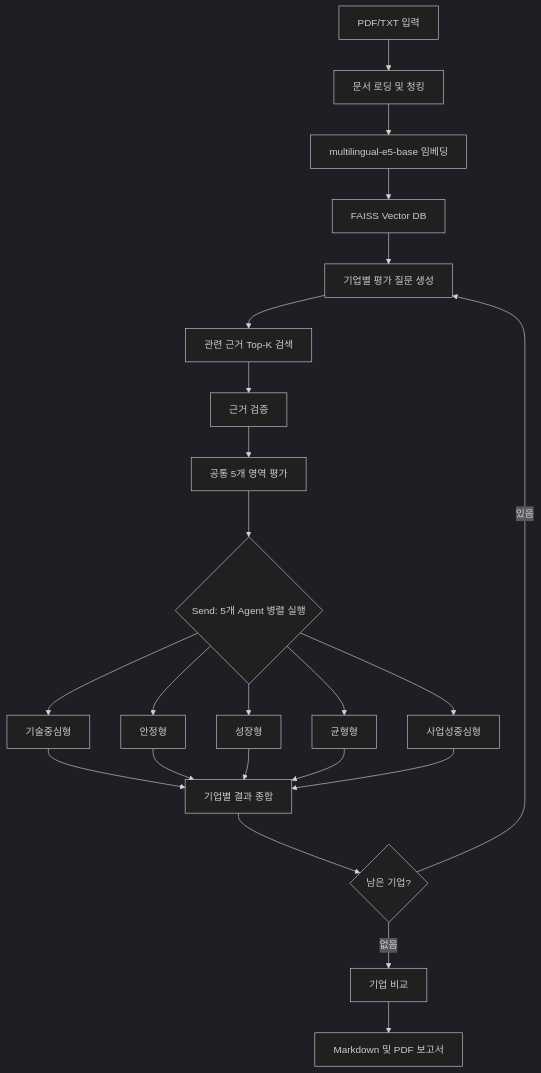
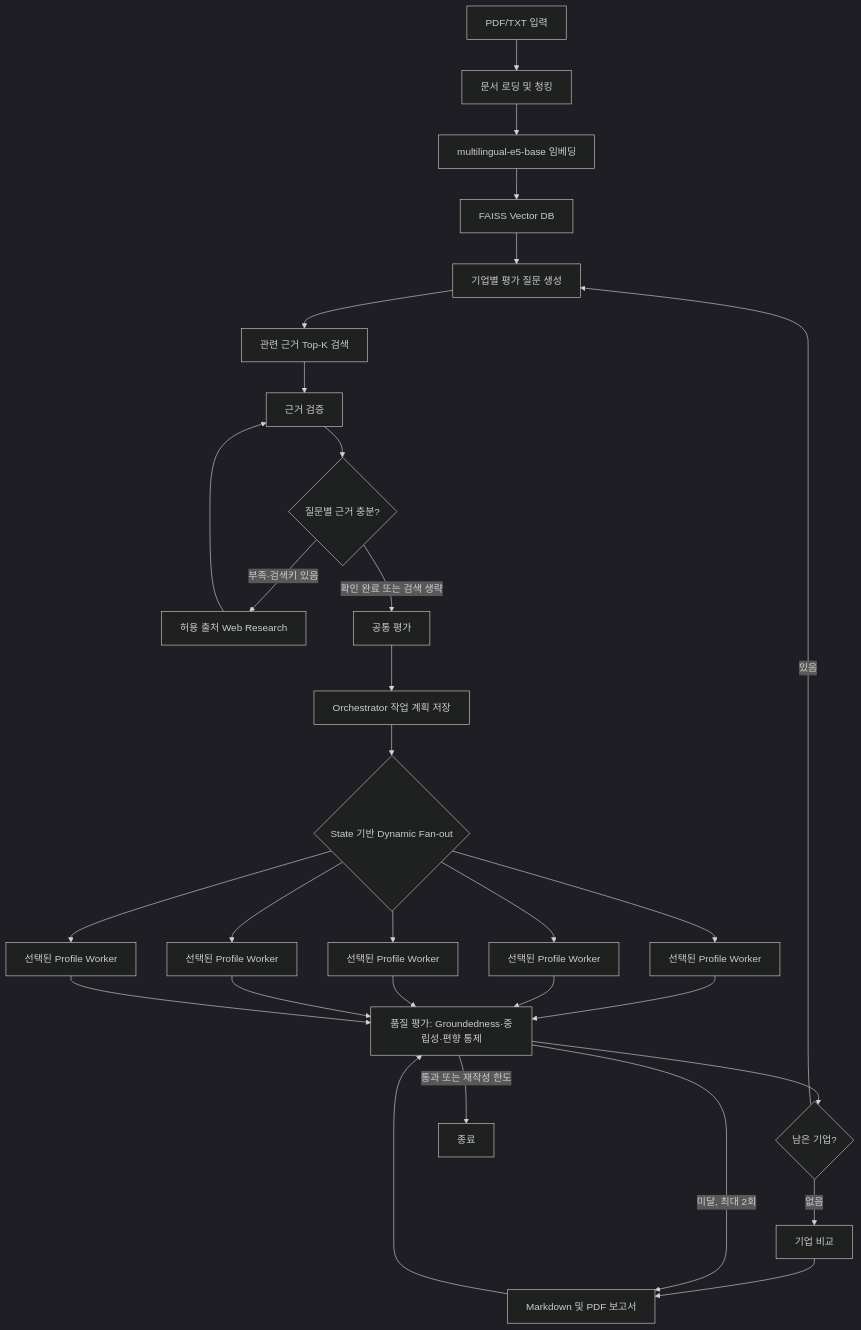
Before and after one commit to sumin-990416/Langchain_Skala_U3: the diagram in README.md, drawn with Mermaid (dark theme). The commit also changed other lines of this file and 21 other files, not shown here.

````diff
--- a/README.md
+++ b/README.md
@@ -84,25 +85,32 @@
 ```mermaid
 flowchart TD
     A[PDF/TXT 입력] --> B[문서 로딩 및 청킹]
     B --> C[multilingual-e5-base 임베딩]
     C --> D[FAISS Vector DB]
     D --> E[기업별 평가 질문 생성]
     E --> F[관련 근거 Top-K 검색]
     F --> G[근거 검증]
-    G --> H[공통 5개 영역 평가]
-    H --> I{Send: 5개 Agent 병렬 실행}
-    I --> T[기술중심형]
-    I --> S[안정형]
-    I --> R[성장형]
-    I --> B2[균형형]
-    I --> M[사업성중심형]
+    G --> Q{질문별 근거 충분?}
+    Q -->|부족·검색키 있음| W[허용 출처 Web Research]
+    W --> G
+    Q -->|확인 완료 또는 검색 생략| H[공통 평가]
+    H --> P[Orchestrator 작업 계획 저장]
+    P --> I{State 기반 Dynamic Fan-out}
+    I --> T[선택된 Profile Worker]
+    I --> S[선택된 Profile Worker]
+    I --> R[선택된 Profile Worker]
+    I --> B2[선택된 Profile Worker]
+    I --> M[선택된 Profile Worker]
     T --> J[기업별 결과 종합]
     S --> J
     R --> J
     B2 --> J
     M --> J
     J --> K{남은 기업?}
     K -->|있음| E
     K -->|없음| L[기업 비교]
     L --> N[Markdown 및 PDF 보고서]
+    N --> J[품질 평가: Groundedness·중립성·편향 통제]
+    J -->|미달, 최대 2회| N
+    J -->|통과 또는 재작성 한도| END[종료]
 ```
````
